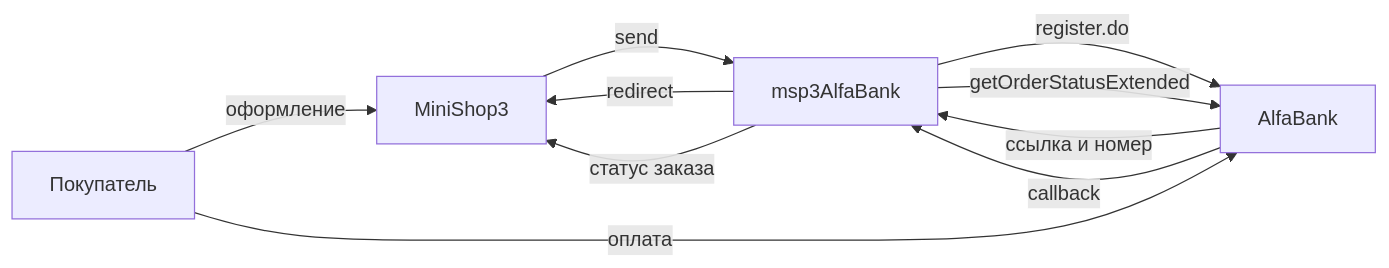
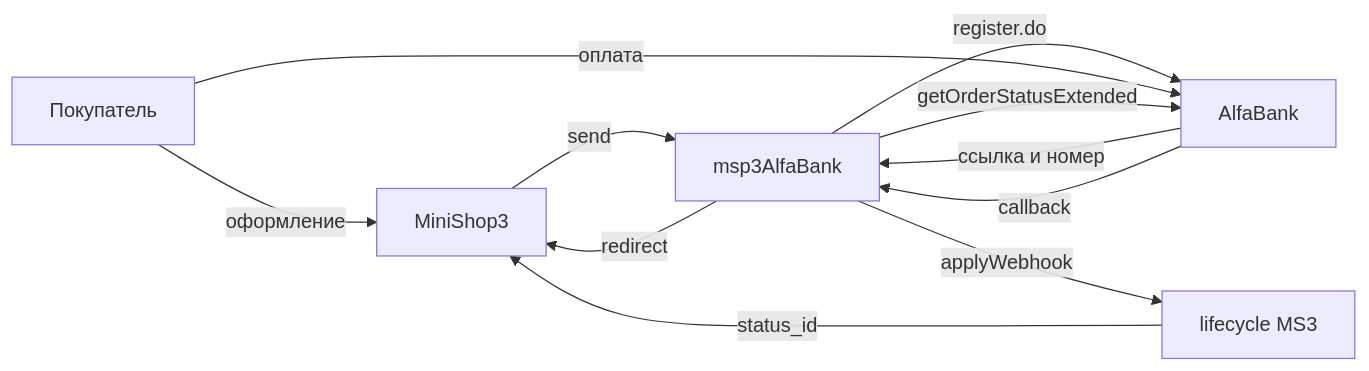
One commit to modx-pro/Docs changed the diagram in docs/components/msp3alfabank/integration.md. Above: the diagram before and after it, drawn with Mermaid. The commit also changed other lines of this file and 40 other files, not shown here.

````diff
--- a/docs/components/msp3alfabank/integration.md
+++ b/docs/components/msp3alfabank/integration.md
@@ -50,16 +50,18 @@
 ```mermaid
 flowchart LR
   Buyer[Покупатель]
   MS3[MiniShop3]
   Pkg[msp3AlfaBank]
+  Life[lifecycle MS3]
   Bank[AlfaBank]
   Buyer -->|оформление| MS3
   MS3 -->|send| Pkg
   Pkg -->|register.do| Bank
   Bank -->|ссылка и номер| Pkg
   Pkg -->|redirect| MS3
   Buyer -->|оплата| Bank
   Bank -->|callback| Pkg
   Pkg -->|getOrderStatusExtended| Bank
-  Pkg -->|статус заказа| MS3
+  Pkg -->|applyWebhook| Life
+  Life -->|status_id| MS3
 ```
````
